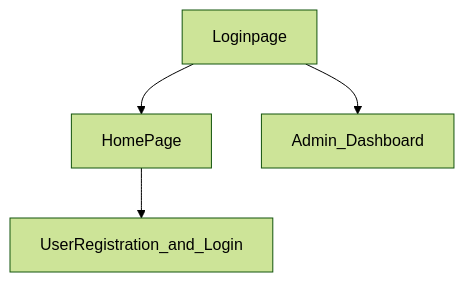
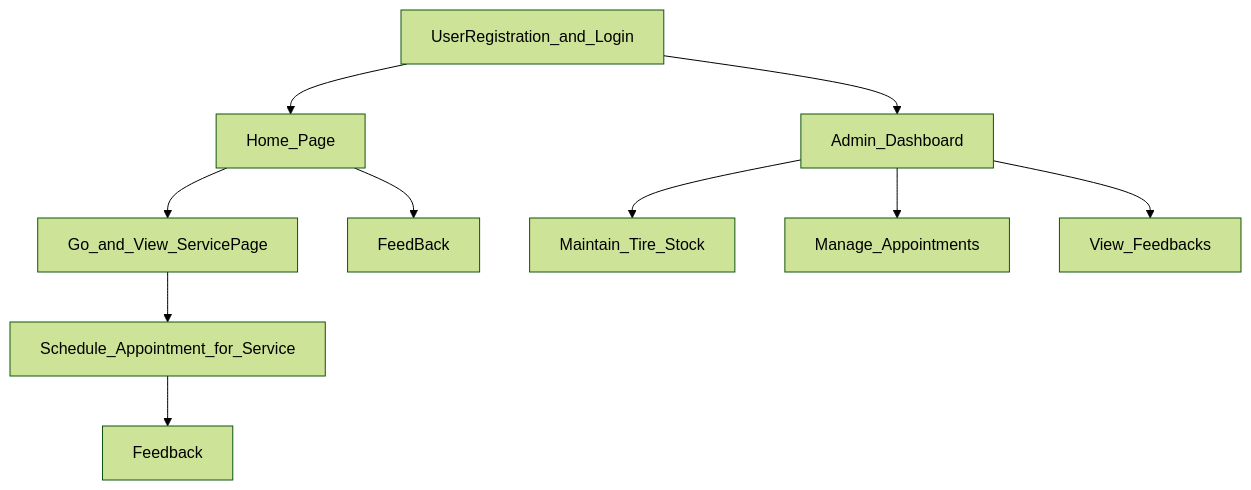
Before and after one commit to 1rithwik/WebApplication_Project: the diagram in README.md, drawn with Mermaid (forest theme).

````diff
--- a/README.md
+++ b/README.md
@@ -74,6 +74,12 @@
 ```mermaid
 graph TD;
-HomePage --> UserRegistration_and_Login;
-Loginpage --> HomePage;
-Loginpage --> Admin_Dashboard;
+UserRegistration_and_Login --> Home_Page;
+UserRegistration_and_Login --> Admin_Dashboard;
+Home_Page --> Go_and_View_ServicePage;
+Go_and_View_ServicePage --> Schedule_Appointment_for_Service;
+Admin_Dashboard --> Maintain_Tire_Stock;
+Admin_Dashboard --> Manage_Appointments;
+Admin_Dashboard --> View_Feedbacks;
+Home_Page --> FeedBack;
+Schedule_Appointment_for_Service --> Feedback;
 ```
````
